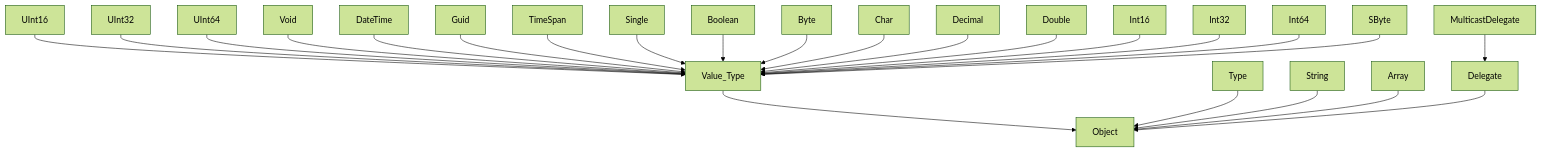
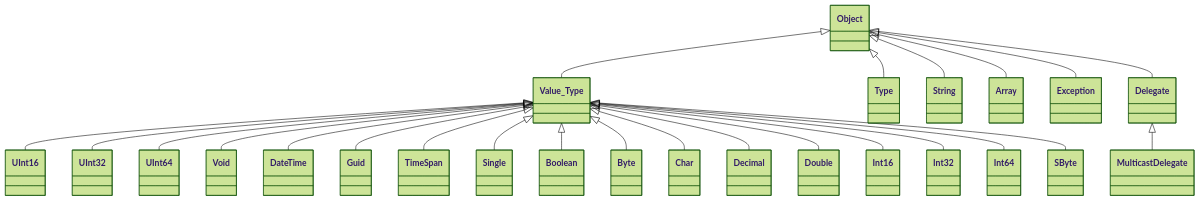
One commit to nevadoapps/Learning changed the diagram in docs/CSharp_Main.md. Above: the diagram before and after it, drawn with Mermaid (forest theme). The commit also changed other lines of this file, not shown here.

````diff
--- a/docs/CSharp_Main.md
+++ b/docs/CSharp_Main.md
@@ -129,26 +138,52 @@
 ```mermaid
-graph TD;
-UInt16-->Value_Type;
-UInt32-->Value_Type;
-UInt64-->Value_Type;
-Void-->Value_Type;
-DateTime-->Value_Type;
-Guid-->Value_Type;
-TimeSpan-->Value_Type;
-Single-->Value_Type;
-Boolean-->Value_Type;
-Byte-->Value_Type;
-Char-->Value_Type;
-Decimal-->Value_Type;
-Double-->Value_Type;
-Int16-->Value_Type;
-Int32-->Value_Type;
-Int64-->Value_Type;
-SByte-->Value_Type;
-Value_Type-->Object;
-Type-->Object;
-String-->Object;
-Array-->Object;
-Delegate-->Object;
-MulticastDelegate-->Delegate;
+classDiagram
+class UInt16
+class UInt32
+class UInt64
+class Void
+class DateTime
+class Guid
+class TimeSpan
+class Single
+class Boolean
+class Byte
+class Char
+class Decimal
+class Double
+class Int16
+class Int32
+class Int64
+class SByte
+class Value_Type
+class Type
+class String
+class Array
+class Exception
+class Delegate
+class MulticastDelegate
+class Object
+Value_Type<|--UInt16
+Value_Type<|--UInt32
+Value_Type<|--UInt64
+Value_Type<|--Void
+Value_Type<|--DateTime
+Value_Type<|--Guid
+Value_Type<|--TimeSpan
+Value_Type<|--Single
+Value_Type<|--Boolean
+Value_Type<|--Byte
+Value_Type<|--Char
+Value_Type<|--Decimal
+Value_Type<|--Double
+Value_Type<|--Int16
+Value_Type<|--Int32
+Value_Type<|--Int64
+Value_Type<|--SByte
+Object<|--Value_Type
+Object<|--Type
+Object<|--String
+Object<|--Array
+Object<|--Exception
+Object<|--Delegate
+Delegate<|--MulticastDelegate
 ```
````
